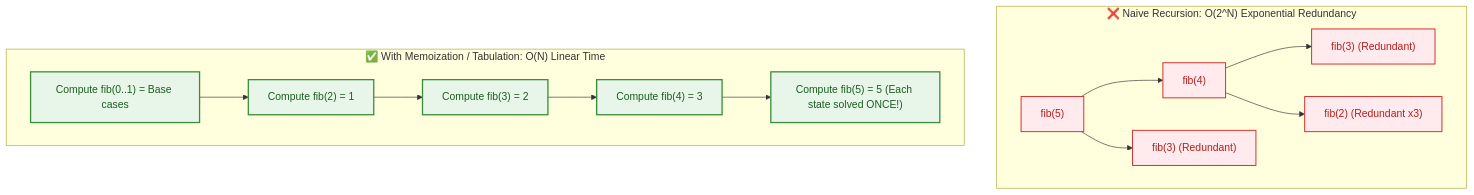
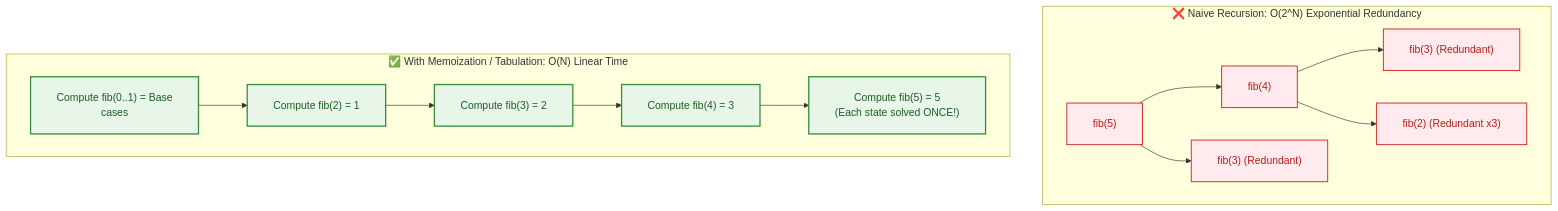
The second of 6 diagrams in week_10_dynamic_programming_i_fundamentals/Week_10_Visual_Concepts_Playbook_HYBRID.md (dip4k/DSA_102), drawn with Mermaid before and after one commit. The commit also changed other lines of this file and 108 other files, not shown here.

First line of the commit message:
fix(mermaid): resolve diagram clipping, padding, and syntax issues across repo

````diff
--- a/week_10_dynamic_programming_i_fundamentals/Week_10_Visual_Concepts_Playbook_HYBRID.md
+++ b/week_10_dynamic_programming_i_fundamentals/Week_10_Visual_Concepts_Playbook_HYBRID.md
@@ -83,23 +84,24 @@
 ```mermaid
+%%{init: {"flowchart": {"htmlLabels": true, "padding": 20}}}%%
 flowchart TD
     classDef naive fill:#ffebee,stroke:#d32f2f,color:#b71c1c,stroke-width:1.5px;
     classDef memo fill:#e8f5e9,stroke:#388e3c,color:#1b5e20,stroke-width:2px;
 
     subgraph Naive["❌ Naive Recursion: O(2^N) Exponential Redundancy"]
         F5["fib(5)"]:::naive
         F4A["fib(4)"]:::naive
         F3A["fib(3) (Redundant)"]:::naive
         F3B["fib(3) (Redundant)"]:::naive
         F2A["fib(2) (Redundant x3)"]:::naive
         F5 --> F4A & F3A
         F4A --> F3B & F2A
     end
 
     subgraph DP["✅ With Memoization / Tabulation: O(N) Linear Time"]
-        D0["Compute fib(0..1) = Base cases"]:::memo
+        D0["Compute fib(0..1) = Base<br/>cases"]:::memo
         D0 --> D2["Compute fib(2) = 1"]:::memo
         D2 --> D3["Compute fib(3) = 2"]:::memo
         D3 --> D4["Compute fib(4) = 3"]:::memo
-        D4 --> D5["Compute fib(5) = 5 (Each state solved ONCE!)"]:::memo
+        D4 --> D5["Compute fib(5) = 5<br/>(Each state solved ONCE!)"]:::memo
     end
 ```
````
